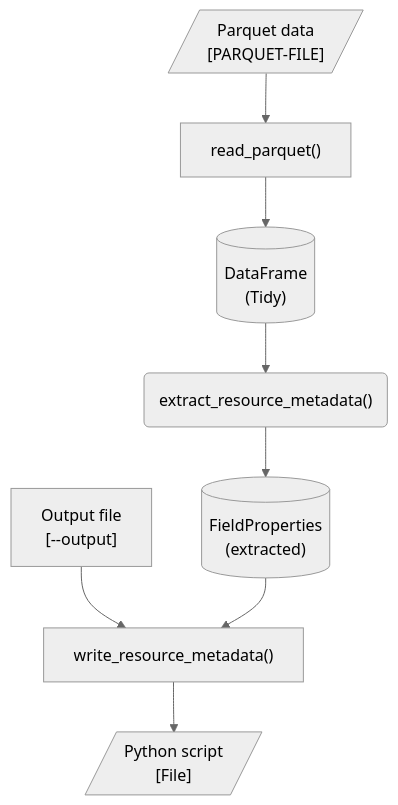
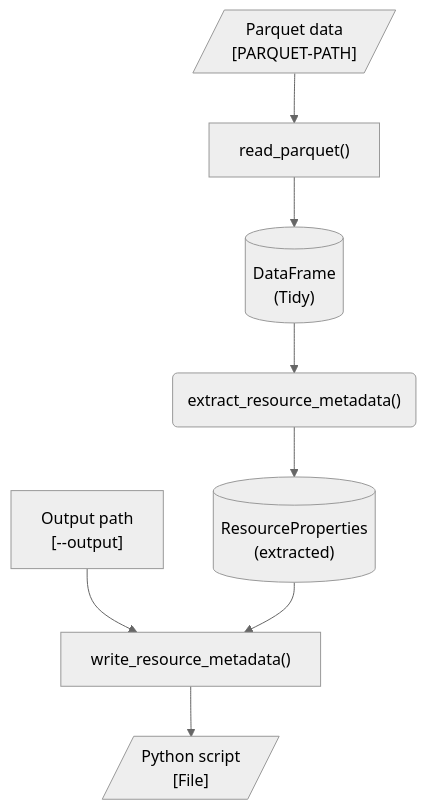
One commit to seedcase-project/seedcase-sprout changed the diagram in docs/design/interface/python.qmd. Above: the diagram before and after it, drawn with Mermaid (neutral theme). The commit also changed other lines of this file, not shown here.

Commit message:
docs: ✏️ revise based on review comments

````diff
--- a/docs/design/interface/python.qmd
+++ b/docs/design/interface/python.qmd
@@ -20,26 +20,26 @@
 ```{mermaid}
 %%| label: fig-flow-extract-resource-metadata
 %%| fig-cap: >-
 %%|   Diagram showing the flow of objects and functions to extract a resource's
 %%|   metadata from data.
 %%| fig-alt: >-
 %%|   A flow diagram showing the steps to extract resource metadata from a
 %%|   Parquet file.
 
 flowchart
-    parquet[/"Parquet data<br>[PARQUET-FILE]"/]
+    parquet[/"Parquet data<br>[PARQUET-PATH]"/]
     read_parquet["read_parquet()"]
-    output_opt["Output file<br>[--output]"]
+    output_opt["Output path<br>[--output]"]
     output[/"Python script<br>[File]"/]
     data[("DataFrame<br>(Tidy)")]
     extract_resource_metadata("extract_resource_metadata()")
-    metadata[("FieldProperties<br>(extracted)")]
+    metadata[("ResourceProperties<br>(extracted)")]
 
     parquet --> read_parquet
     read_parquet --> data
     data --> extract_resource_metadata
     extract_resource_metadata --> metadata
     output_opt --> write_metadata["write_resource_metadata()"]
     metadata --> write_metadata
     write_metadata --> output
 ```
````
